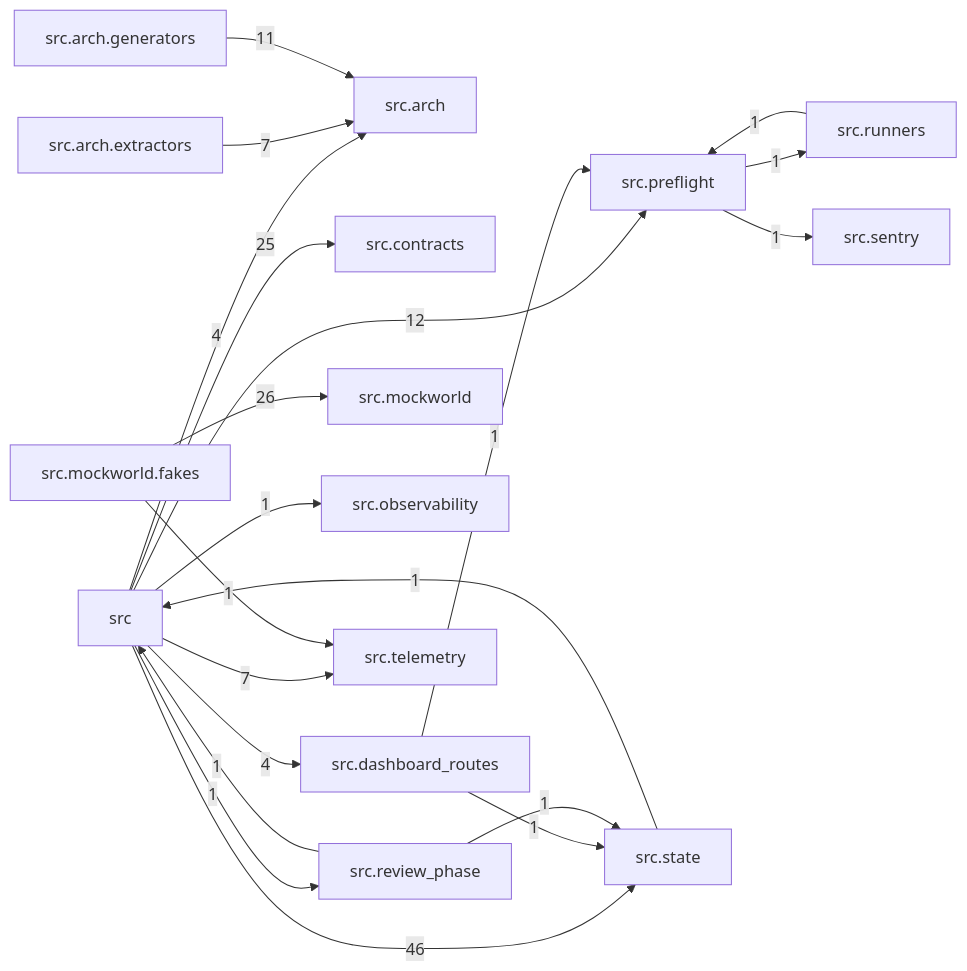
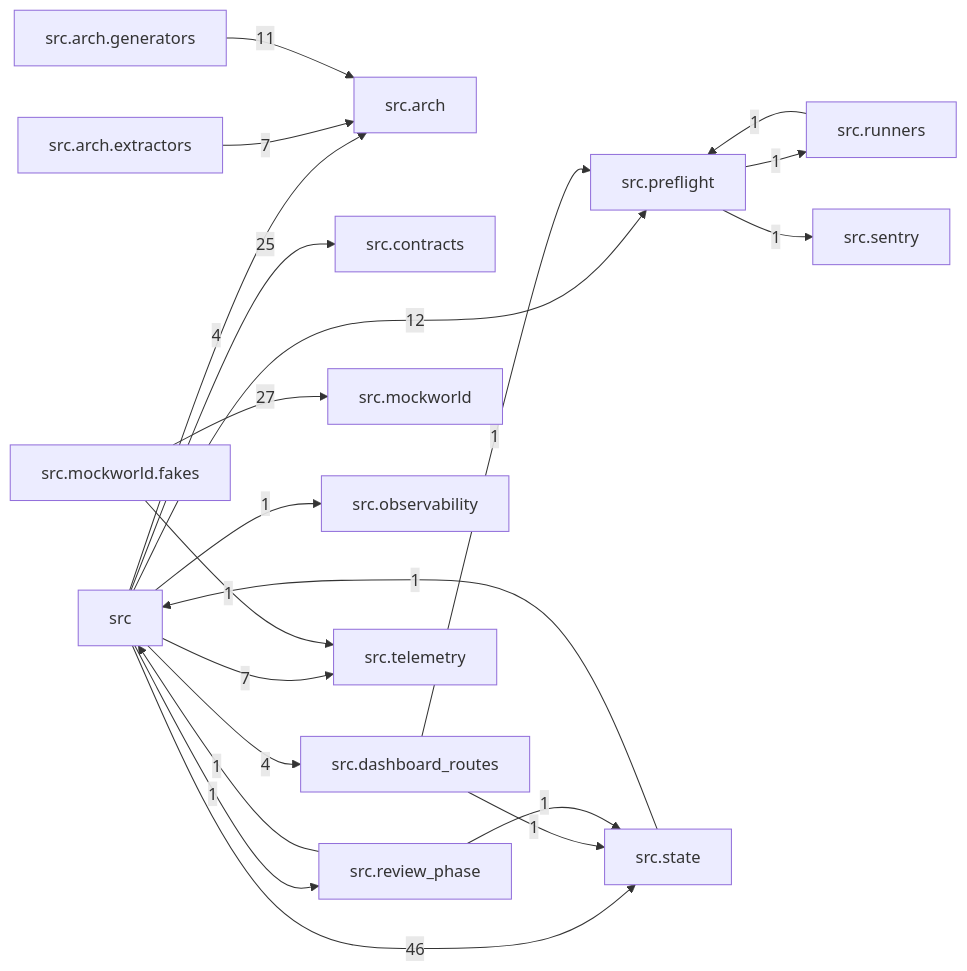
The diagram in docs/arch/generated/modules.md (T-rav/hyrdaflow), drawn with Mermaid before and after one commit. The commit also changed other lines of this file and 15 other files, not shown here.

````diff
--- a/docs/arch/generated/modules.md
+++ b/docs/arch/generated/modules.md
@@ -7,38 +7,38 @@
 ```mermaid
 graph LR
     src["src"]
     src_arch["src.arch"]
     src_arch_extractors["src.arch.extractors"]
     src_arch_generators["src.arch.generators"]
     src_contracts["src.contracts"]
     src_dashboard_routes["src.dashboard_routes"]
     src_mockworld["src.mockworld"]
     src_mockworld_fakes["src.mockworld.fakes"]
     src_observability["src.observability"]
     src_preflight["src.preflight"]
     src_review_phase["src.review_phase"]
     src_runners["src.runners"]
     src_sentry["src.sentry"]
     src_state["src.state"]
     src_telemetry["src.telemetry"]
     src -- "4" --> src_arch
     src -- "25" --> src_contracts
     src -- "4" --> src_dashboard_routes
     src -- "1" --> src_observability
     src -- "12" --> src_preflight
     src -- "1" --> src_review_phase
     src -- "46" --> src_state
     src -- "7" --> src_telemetry
     src_arch_extractors -- "7" --> src_arch
     src_arch_generators -- "11" --> src_arch
     src_dashboard_routes -- "1" --> src_preflight
     src_dashboard_routes -- "1" --> src_state
-    src_mockworld_fakes -- "26" --> src_mockworld
+    src_mockworld_fakes -- "27" --> src_mockworld
     src_mockworld_fakes -- "1" --> src_telemetry
     src_preflight -- "1" --> src_runners
     src_preflight -- "1" --> src_sentry
     src_review_phase -- "1" --> src
     src_review_phase -- "1" --> src_state
     src_runners -- "1" --> src_preflight
     src_state -- "1" --> src
 ```
````
